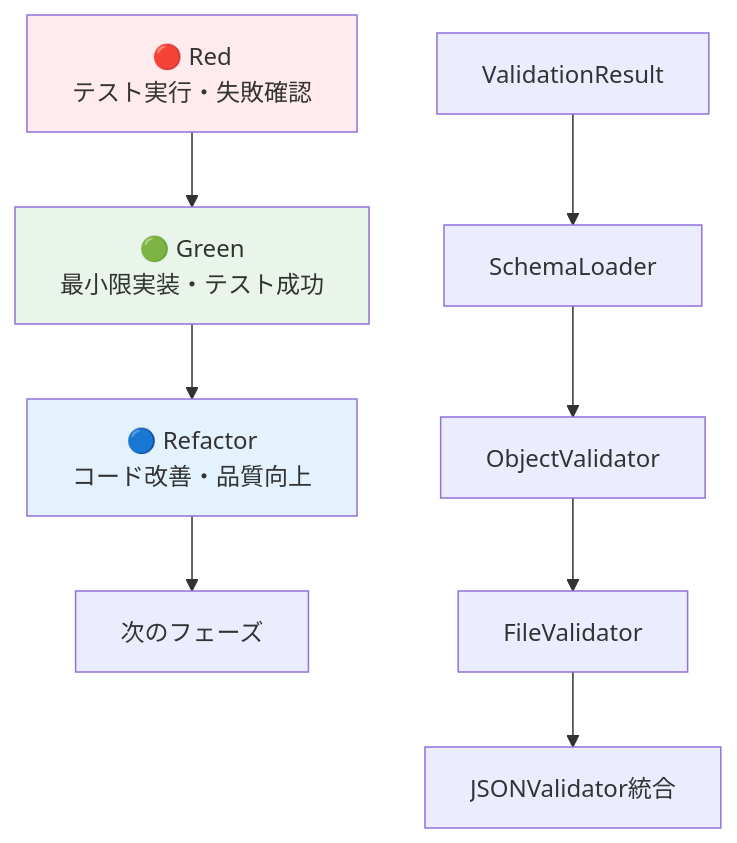
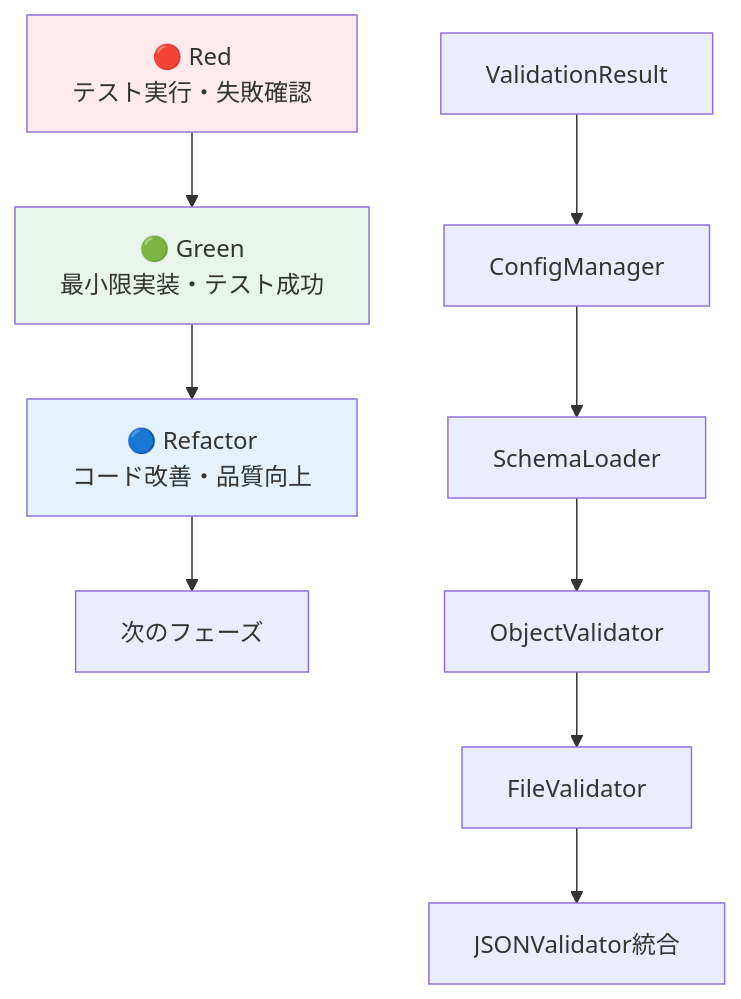
The first of 2 diagrams in vibe/json-validator/instructions/20250617_json-validator-implementation-plan.md (StartupDataStandardizationAssociation/Japan-Open-Cap-Format-JOCF), drawn with Mermaid before and after one commit. The commit also changed other lines of this file and 10 other files, not shown here.

````diff
--- a/vibe/json-validator/instructions/20250617_json-validator-implementation-plan.md
+++ b/vibe/json-validator/instructions/20250617_json-validator-implementation-plan.md
@@ -8,15 +8,16 @@
 ```mermaid
 graph TD
     A[🔴 Red<br/>テスト実行・失敗確認] --> B[🟢 Green<br/>最小限実装・テスト成功]
     B --> C[🔵 Refactor<br/>コード改善・品質向上]
     C --> D[次のフェーズ]
     
-    E[ValidationResult] --> F[SchemaLoader]
-    F --> G[ObjectValidator]
-    G --> H[FileValidator] 
-    H --> I[JSONValidator統合]
+    E[ValidationResult] --> F[ConfigManager]
+    F --> G[SchemaLoader]
+    G --> H[ObjectValidator]
+    H --> I[FileValidator] 
+    I --> J[JSONValidator統合]
     
     style A fill:#ffebee
     style B fill:#e8f5e8
     style C fill:#e3f2fd
 ```
````
